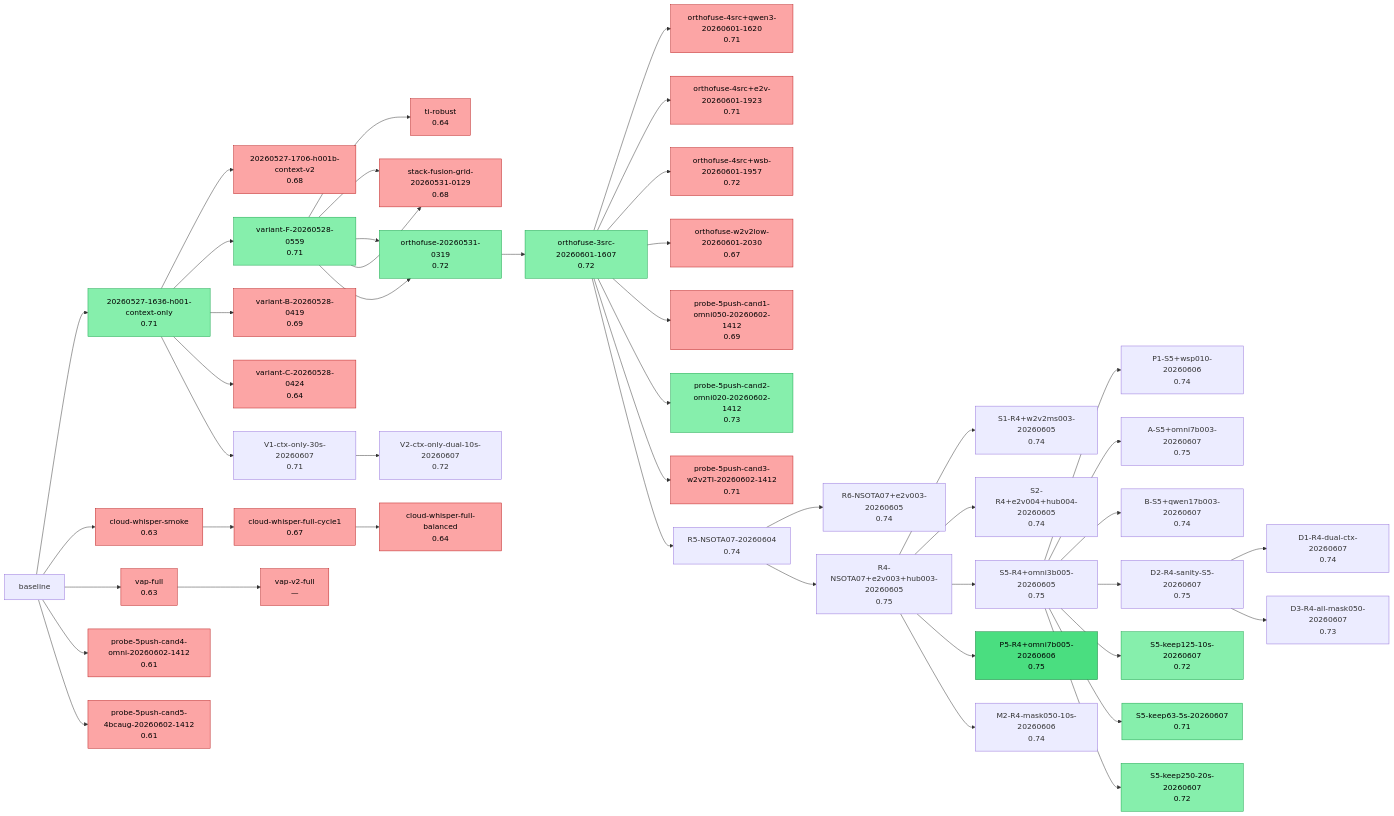
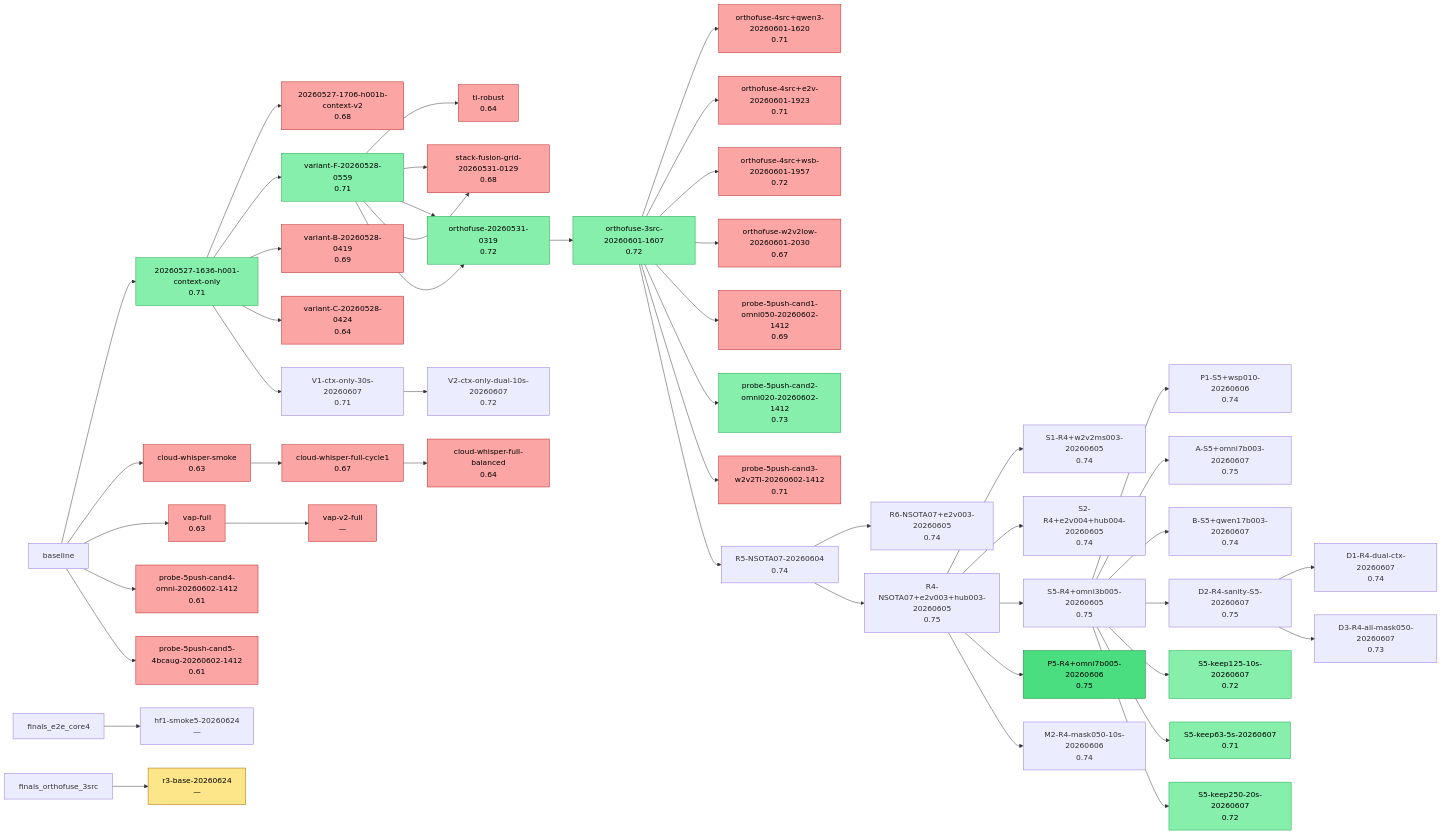
The diagram in docs/status/climb/research-tree.md (uukuguy/Audio-Classifier), drawn with Mermaid before and after one commit. The commit also changed other lines of this file and 25 other files, not shown here.

First line of the commit message:
finals-e2e: 复赛三源端到端架构 (ctx+wsp+hub orthofuse) + r3-base 0.515 诊断闭环

````diff
--- a/docs/status/climb/research-tree.md
+++ b/docs/status/climb/research-tree.md
@@ -162,6 +164,9 @@
     class S5_keep63_5s_20260607 confirmed
     S5_keep250_20s_20260607["S5-keep250-20s-20260607<br/>0.72"]
     class S5_keep250_20s_20260607 confirmed
+    hf1_smoke5_20260624["hf1-smoke5-20260624<br/>—"]
+    r3_base_20260624["r3-base-20260624<br/>—"]
+    class r3_base_20260624 pending
     baseline --> 20260527_1636_h001_context_only
     20260527_1636_h001_context_only --> 20260527_1706_h001b_context_v2
     20260527_1636_h001_context_only --> variant_F_20260528_0559
@@ -206,4 +211,6 @@
     S5_R4_omni3b005_20260605 --> S5_keep125_10s_20260607
     S5_R4_omni3b005_20260605 --> S5_keep63_5s_20260607
     S5_R4_omni3b005_20260605 --> S5_keep250_20s_20260607
+    finals_e2e_core4 --> hf1_smoke5_20260624
+    finals_orthofuse_3src --> r3_base_20260624
 ```
````
